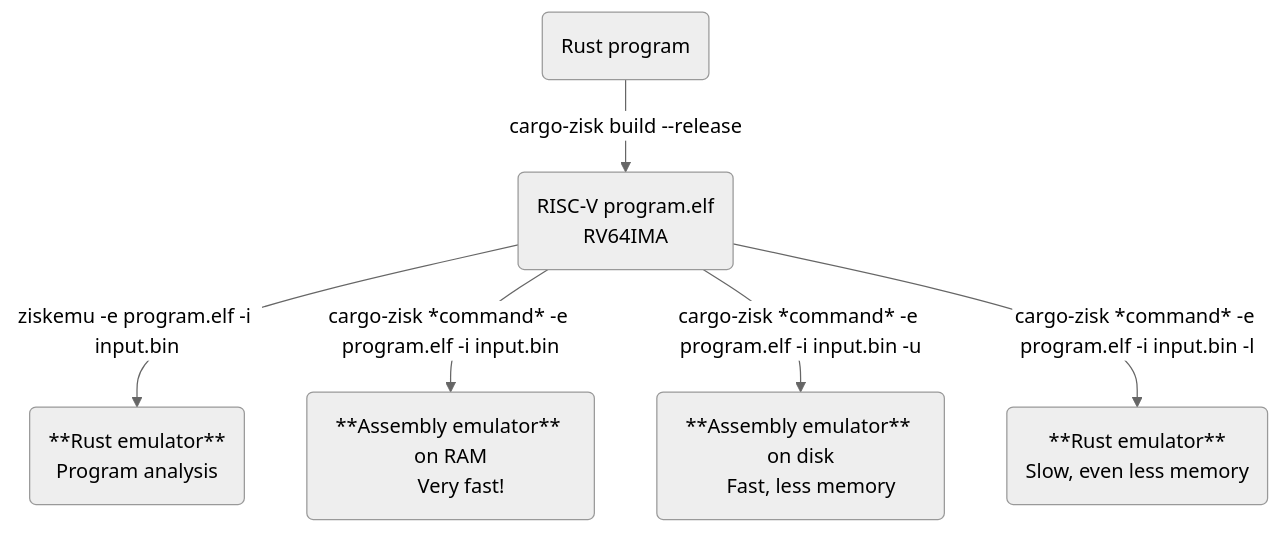
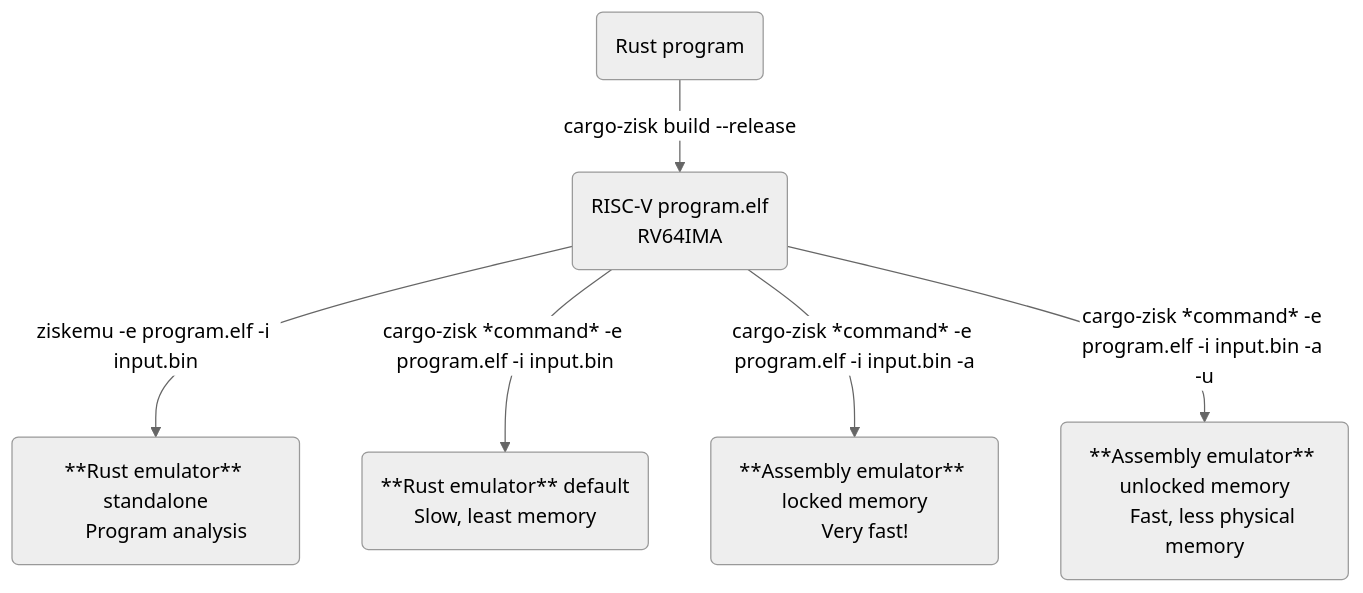
The ninth of 9 diagrams in book/developer/intro.md (0xPolygonHermez/zisk), drawn with Mermaid (neutral theme) before and after one commit. The commit also changed other lines of this file, not shown here.

First line of the commit message:
Correct architecture doc against the implementation

````diff
--- a/book/developer/intro.md
+++ b/book/developer/intro.md
@@ -369,13 +368,13 @@
 ```mermaid
 flowchart TD
     A(Rust program) -->|cargo-zisk build --release| B(RISC-V program.elf
     RV64IMA)
-    B -->|ziskemu -e program.elf -i input.bin| C(**Rust emulator**
+    B -->|ziskemu -e program.elf -i input.bin| C(**Rust emulator** standalone
     Program analysis)
-    B -->|cargo-zisk *command* -e program.elf -i input.bin| D(**Assembly emulator** on RAM
+    B -->|cargo-zisk *command* -e program.elf -i input.bin| D(**Rust emulator** default
+    Slow, least memory)
+    B -->|cargo-zisk *command* -e program.elf -i input.bin -a| E(**Assembly emulator** locked memory
     Very fast!)
-    B -->|cargo-zisk *command* -e program.elf -i input.bin -u| E(**Assembly emulator** on disk
-    Fast, less memory)
-    B -->|cargo-zisk *command* -e program.elf -i input.bin -l| F(**Rust emulator**
-    Slow, even less memory)
+    B -->|cargo-zisk *command* -e program.elf -i input.bin -a -u| F(**Assembly emulator** unlocked memory
+    Fast, less physical memory)
 ```
````
